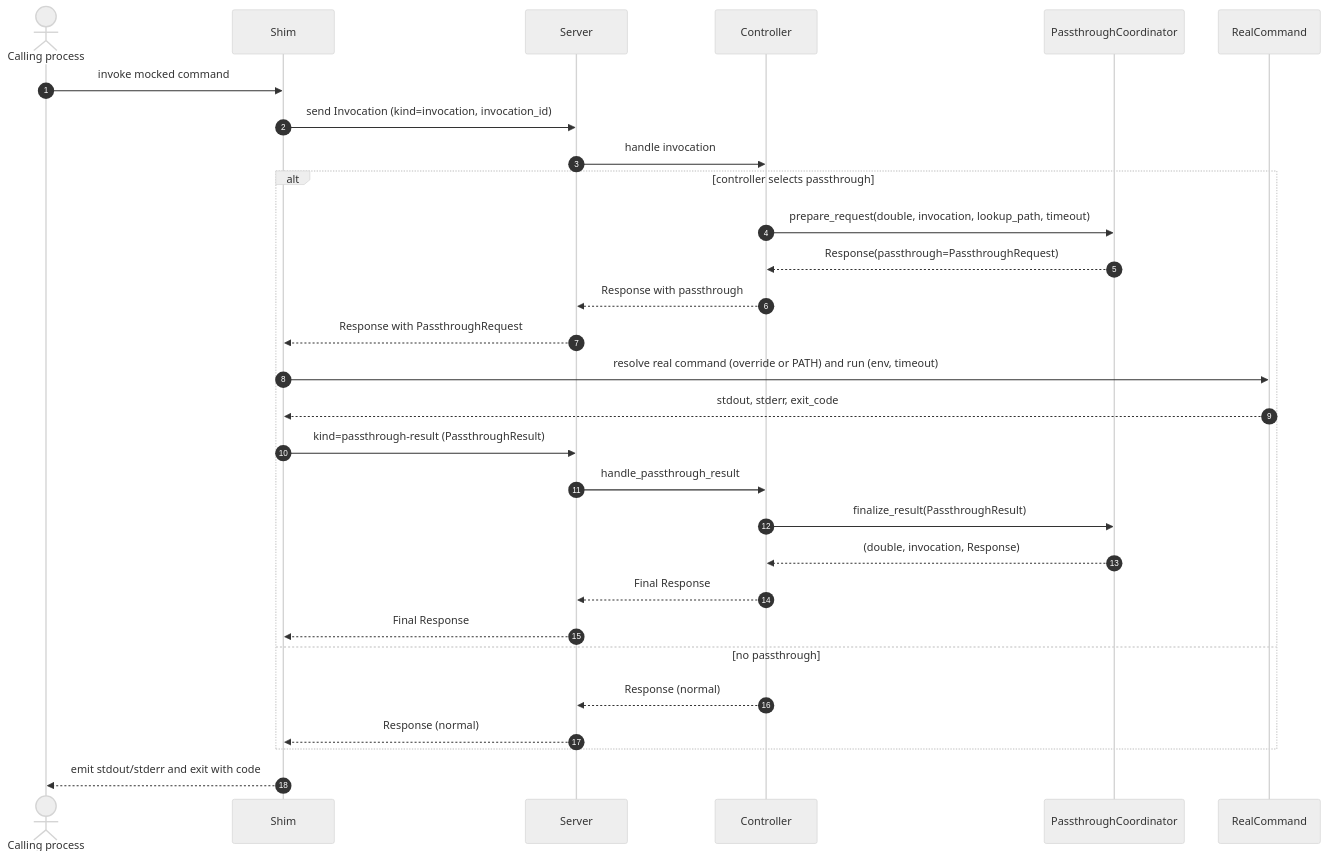
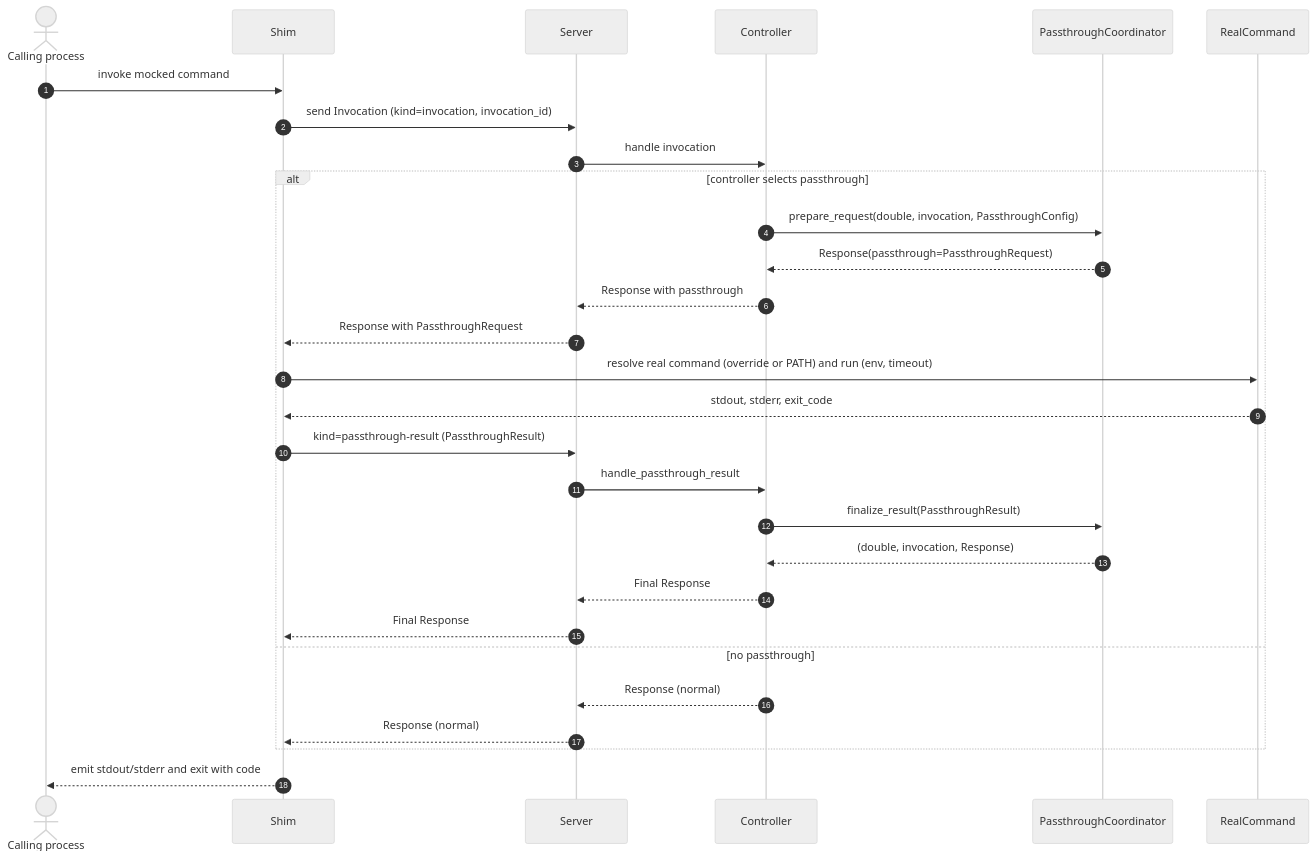
One commit to leynos/cmd-mox changed the eighth of 11 diagrams in docs/python-native-command-mocking-design.md. Above: the diagram before and after it, drawn with Mermaid (neutral theme). The commit also changed other lines of this file and 20 other files, not shown here.

````diff
--- a/docs/python-native-command-mocking-design.md
+++ b/docs/python-native-command-mocking-design.md
@@ -1018,32 +1020,32 @@
 ```mermaid
 sequenceDiagram
   autonumber
   actor Caller as Calling process
   participant Shim
   participant Server
   participant Controller
   participant Passthrough as PassthroughCoordinator
   participant Runner as RealCommand
 
   Caller->>Shim: invoke mocked command
   Shim->>Server: send Invocation (kind=invocation, invocation_id)
   Server->>Controller: handle invocation
   alt controller selects passthrough
-    Controller->>Passthrough: prepare_request(double, invocation, lookup_path, timeout)
+    Controller->>Passthrough: prepare_request(double, invocation, PassthroughConfig)
     Passthrough-->>Controller: Response(passthrough=PassthroughRequest)
     Controller-->>Server: Response with passthrough
     Server-->>Shim: Response with PassthroughRequest
     Shim->>Runner: resolve real command (override or PATH) and run (env, timeout)
     Runner-->>Shim: stdout, stderr, exit_code
     Shim->>Server: kind=passthrough-result (PassthroughResult)
     Server->>Controller: handle_passthrough_result
     Controller->>Passthrough: finalize_result(PassthroughResult)
     Passthrough-->>Controller: (double, invocation, Response)
     Controller-->>Server: Final Response
     Server-->>Shim: Final Response
   else no passthrough
     Controller-->>Server: Response (normal)
     Server-->>Shim: Response (normal)
   end
   Shim-->>Caller: emit stdout/stderr and exit with code
 ```
````
